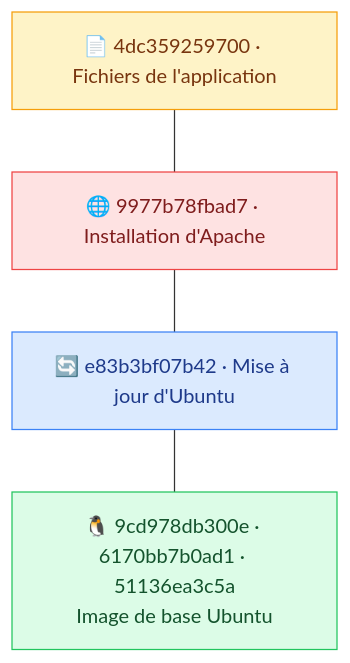
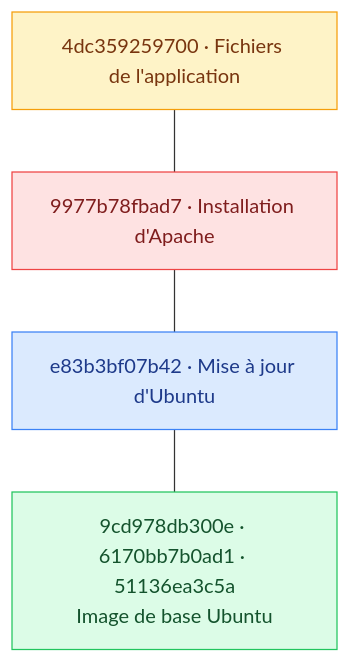
One commit to GoobyWoobies/HEIA-IT changed the second of 6 diagrams in methodologie-securite-it/docker/03-images.md. Above: the diagram before and after it, drawn with Mermaid. The commit also changed other lines of this file and 24 other files, not shown here.

````diff
--- a/methodologie-securite-it/docker/03-images.md
+++ b/methodologie-securite-it/docker/03-images.md
@@ -64,13 +64,13 @@
 ```mermaid
 flowchart TB
-    L4["📄 4dc359259700 · Fichiers de l'application"]
-    L3["🌐 9977b78fbad7 · Installation d'Apache"]
-    L2["🔄 e83b3bf07b42 · Mise à jour d'Ubuntu"]
-    L1["🐧 9cd978db300e · 6170bb7b0ad1 · 51136ea3c5a<br/>Image de base Ubuntu"]
+    L4["4dc359259700 · Fichiers de l'application"]
+    L3["9977b78fbad7 · Installation d'Apache"]
+    L2["e83b3bf07b42 · Mise à jour d'Ubuntu"]
+    L1["9cd978db300e · 6170bb7b0ad1 · 51136ea3c5a<br/>Image de base Ubuntu"]
     L4 --- L3 --- L2 --- L1
 
     style L4 fill:#fef3c7,stroke:#f59e0b,color:#78350f
     style L3 fill:#fee2e2,stroke:#ef4444,color:#7f1d1d
     style L2 fill:#dbeafe,stroke:#3b82f6,color:#1e3a8a
     style L1 fill:#dcfce7,stroke:#22c55e,color:#14532d
 ```
````
